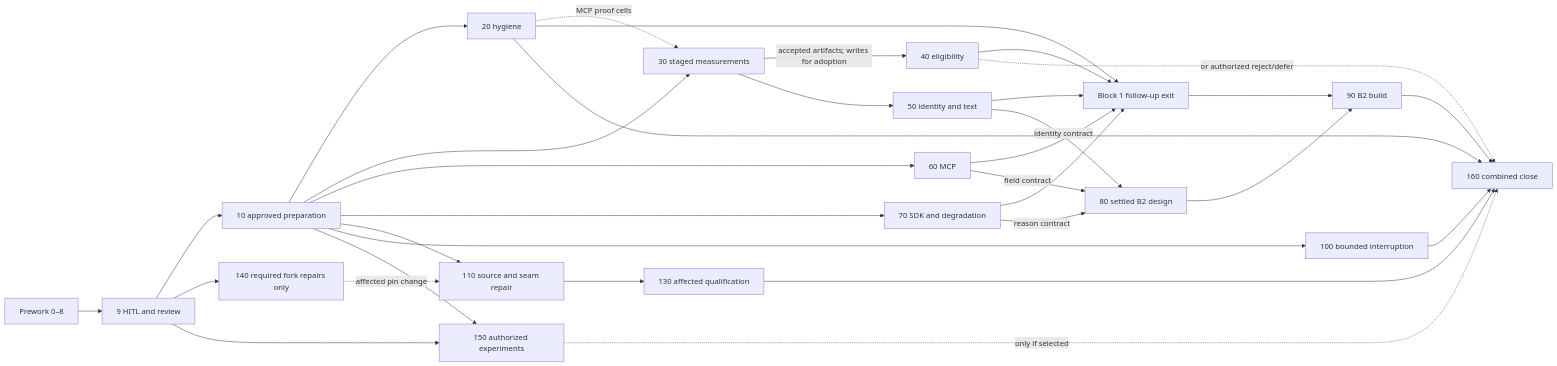
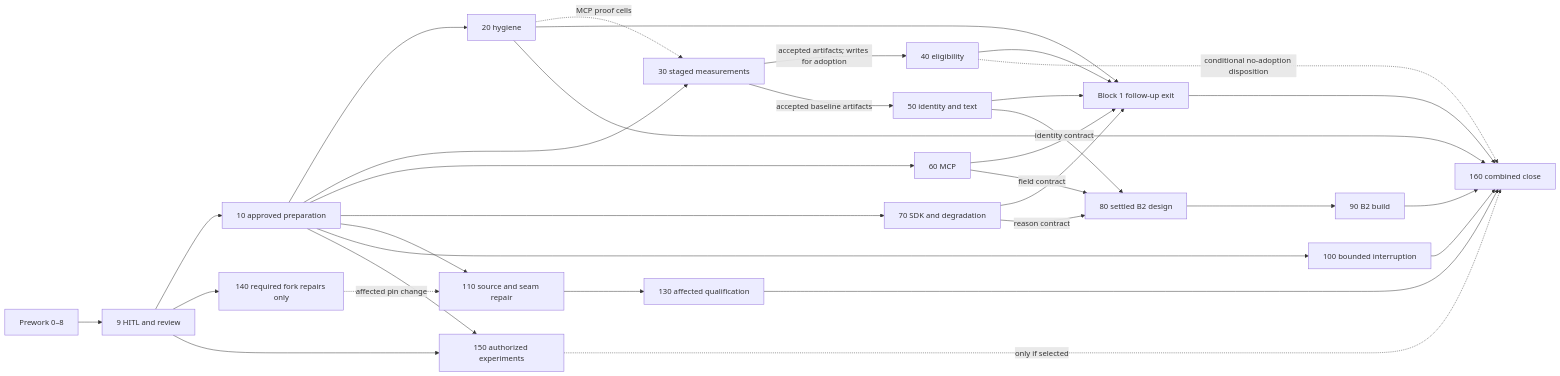
Before and after one commit to fathomadb/fathomdb: the diagram in dev/plans/plan-0.8.29.md, drawn with Mermaid. The commit also changed other lines of this file and 16 other files, not shown here.

````diff
--- a/dev/plans/plan-0.8.29.md
+++ b/dev/plans/plan-0.8.29.md
@@ -266,35 +264,35 @@
 ```mermaid
 flowchart LR
     P[Prework 0–8] --> H[9 HITL and review]
     H --> S[10 approved preparation]
     S --> T[20 hygiene]
     S --> M[30 staged measurements]
     T -. MCP proof cells .-> M
     T --> E[Block 1 follow-up exit]
     M -->|accepted artifacts; writes for adoption| C[40 eligibility]
-    M --> F[50 identity and text]
+    M -->|accepted baseline artifacts| F[50 identity and text]
     S --> A[60 MCP]
     S --> D[70 SDK and degradation]
     C --> E
     F --> E
     A --> E
     D --> E
     A -->|field contract| B[80 settled B2 design]
     F -->|identity contract| B
     D -->|reason contract| B
     B --> I[90 B2 build]
-    E --> I
+    E --> Z
     H --> K[140 required fork repairs only]
     S --> R[110 source and seam repair]
     K -. affected pin change .-> R
     R --> Q[130 affected qualification]
     S --> X[100 bounded interruption]
     H --> U[150 authorized experiments]
     S --> U
     I --> Z[160 combined close]
     X --> Z
     Q --> Z
     U -. only if selected .-> Z
     T --> Z
-    C -. or authorized reject/defer .-> Z
+    C -. conditional no-adoption disposition .-> Z
 ```
````
